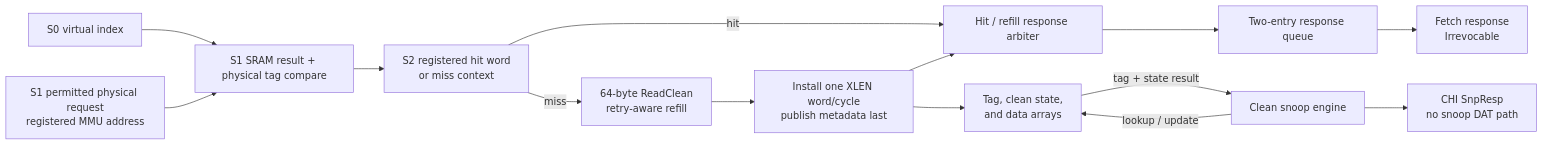
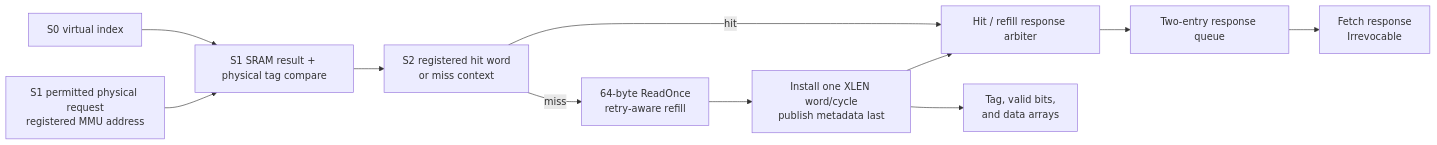
The diagram in cores/rv5stage/icache/README.md (jerryz123/rhodium), drawn with Mermaid before and after one commit. The commit also changed other lines of this file and 40 other files, not shown here.

````diff
--- a/cores/rv5stage/icache/README.md
+++ b/cores/rv5stage/icache/README.md
@@ -72,17 +71,14 @@
 ```mermaid
 flowchart LR
   Virtual["S0 virtual index"] --> Lookup["S1 SRAM result + physical tag compare"]
   Fetch["S1 permitted physical request<br/>registered MMU address"] --> Lookup
   Lookup --> Resolved["S2 registered hit word<br/>or miss context"]
   Resolved -->|hit| Merge["Hit / refill response arbiter"]
-  Resolved -->|miss| Refill["64-byte ReadClean<br/>retry-aware refill"]
+  Resolved -->|miss| Refill["64-byte ReadOnce<br/>retry-aware refill"]
   Refill --> Install["Install one XLEN word/cycle<br/>publish metadata last"]
-  Install --> Arrays["Tag, clean state,<br/>and data arrays"]
+  Install --> Arrays["Tag, valid bits,<br/>and data arrays"]
   Install --> Merge
   Merge --> Queue["Two-entry response queue"]
   Queue --> FetchResponse["Fetch response<br/>Irrevocable"]
 
-  Snoop["Clean snoop engine"] -->|"lookup / update"| Arrays
-  Arrays -->|"tag + state result"| Snoop
-  Snoop --> CHI["CHI SnpResp<br/>no snoop DAT path"]
 ```
````
